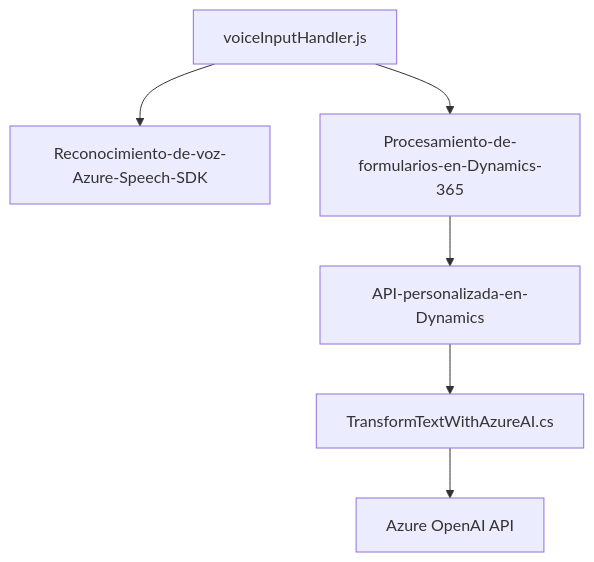
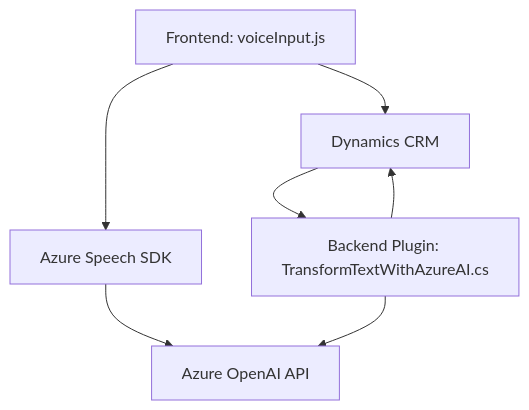
One commit to blopezdm/NETCORE_BILBAO2025 changed the diagram in README.md. Above: the diagram before and after it, drawn with Mermaid. The commit also changed other lines of this file, not shown here.

````diff
--- a/README.md
+++ b/README.md
@@ -34,8 +41,15 @@
 ```mermaid
 graph TD
-    A["voiceInputHandler.js"] --> B["Reconocimiento-de-voz-Azure-Speech-SDK"]
-    A --> C["Procesamiento-de-formularios-en-Dynamics-365"]
-    C --> D["API-personalizada-en-Dynamics"]
-    D --> E["TransformTextWithAzureAI.cs"]
-    E --> F["Azure OpenAI API"]
+    F["Frontend: voiceInput.js"]
+    BF["Backend Plugin: TransformTextWithAzureAI.cs"]
+    FS["Azure Speech SDK"]
+    AI["Azure OpenAI API"]
+    CRM["Dynamics CRM"]
+
+    F --> FS
+    FS --> AI
+    F --> CRM
+    CRM --> BF
+    BF --> AI
+    BF --> CRM
 ```
````
